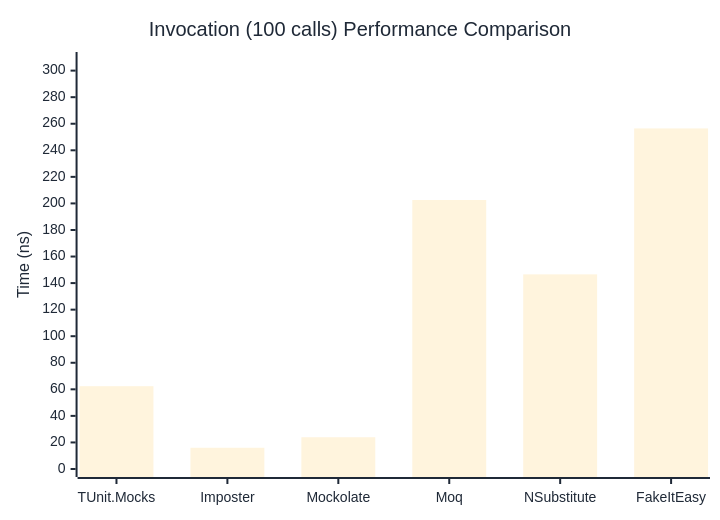
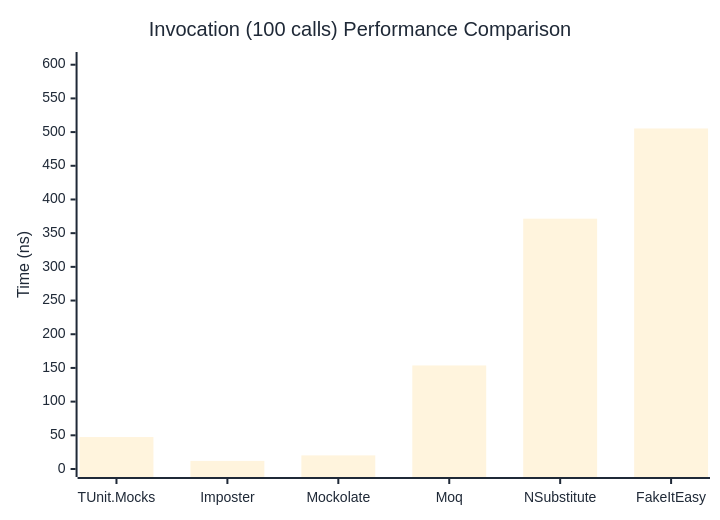
One commit to thomhurst/TUnit changed the first of 3 diagrams in docs/docs/benchmarks/mocks/Invocation.md. Above: the diagram before and after it, drawn with Mermaid. The commit also changed other lines of this file and 14 other files, not shown here.

````diff
--- a/docs/docs/benchmarks/mocks/Invocation.md
+++ b/docs/docs/benchmarks/mocks/Invocation.md
@@ -32,27 +32,27 @@
 ```mermaid
 %%{init: {
   'theme':'base',
   'themeVariables': {
     'primaryColor': '#2563eb',
     'primaryTextColor': '#1f2937',
     'primaryBorderColor': '#1e40af',
     'lineColor': '#6b7280',
     'secondaryColor': '#7c3aed',
     'tertiaryColor': '#dc2626',
     'background': '#ffffff',
     'pie1': '#2563eb',
     'pie2': '#7c3aed',
     'pie3': '#dc2626',
     'pie4': '#f59e0b',
     'pie5': '#10b981',
     'pie6': '#06b6d4',
     'pie7': '#ec4899',
     'pie8': '#6366f1'
   }
 }}%%
 xychart-beta
   title "Invocation (100 calls) Performance Comparison"
   x-axis ["TUnit.Mocks", "Imposter", "Mockolate", "Moq", "NSubstitute", "FakeItEasy"]
-  y-axis "Time (ns)" 0 --> 308
-  bar [62.37, 16, 23.92, 202.57, 146.58, 256.47]
+  y-axis "Time (ns)" 0 --> 607
+  bar [47.43, 12.02, 20.2, 153.68, 371.5, 505.36]
 ```
````
